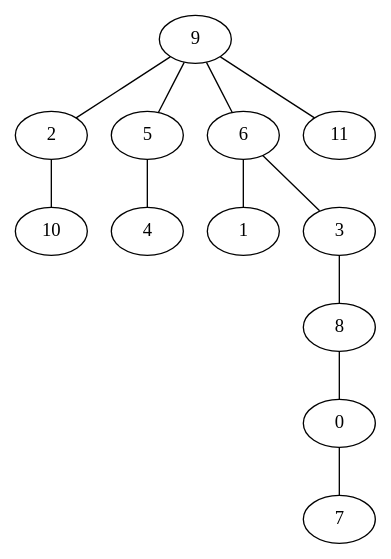
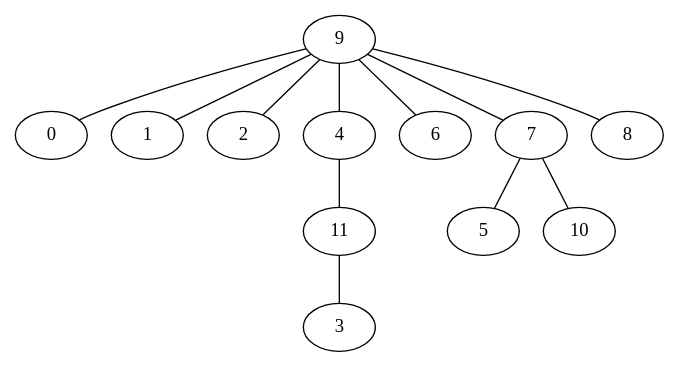
Before and after one commit to VillegasGG/greedy-firefighter-problem: the diagram in experiments/pygrapghviz.dot, drawn with Graphviz. The commit also changed 2 other files, not shown here.

```diff
--- a/experiments/pygrapghviz.dot
+++ b/experiments/pygrapghviz.dot
@@ -1,13 +1,13 @@
 strict graph "" {
+	9 -- 0;
+	9 -- 1;
 	9 -- 2;
-	9 -- 5;
+	9 -- 4;
 	9 -- 6;
-	9 -- 11;
-	2 -- 10;
-	5 -- 4;
-	6 -- 1;
-	6 -- 3;
-	3 -- 8;
-	8 -- 0;
-	0 -- 7;
+	9 -- 7;
+	9 -- 8;
+	4 -- 11;
+	7 -- 5;
+	7 -- 10;
+	11 -- 3;
 }
```
